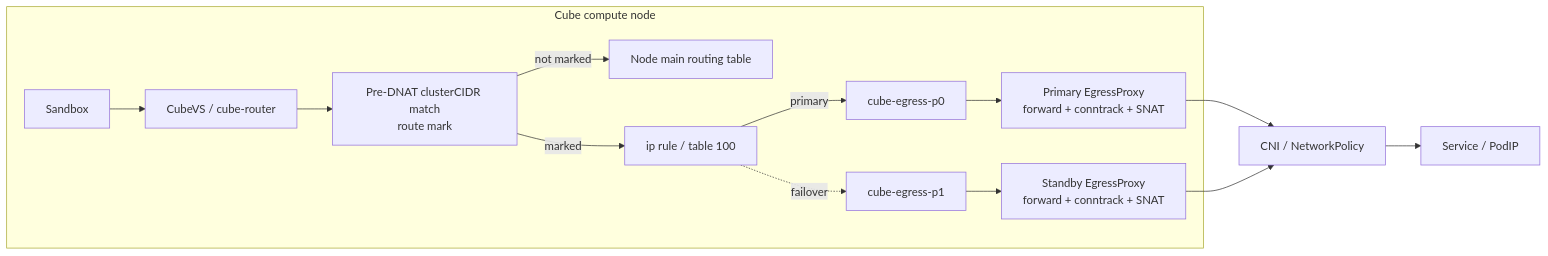
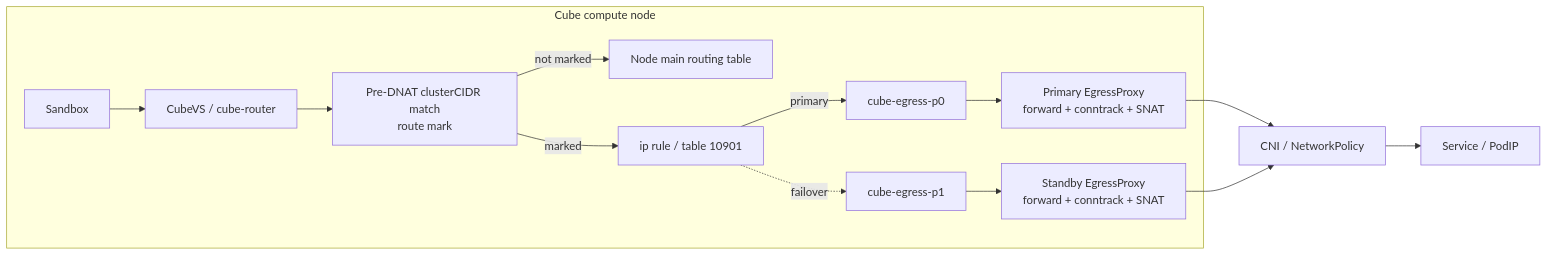
The diagram in deploy/kubernetes/chart/docs/EGRESS_VETH_EN.md (TencentCloud/CubeSandbox), drawn with Mermaid before and after one commit. The commit also changed other lines of this file and 23 other files, not shown here.

````diff
--- a/deploy/kubernetes/chart/docs/EGRESS_VETH_EN.md
+++ b/deploy/kubernetes/chart/docs/EGRESS_VETH_EN.md
@@ -28,13 +28,13 @@
 ```mermaid
 flowchart LR
   subgraph NODE["Cube compute node"]
     SB["Sandbox"] --> CR["CubeVS / cube-router"] --> MARK["Pre-DNAT clusterCIDR match<br/>route mark"]
     MARK -->|"not marked"| MAIN["Node main routing table"]
-    MARK -->|"marked"| RULE["ip rule / table 100"]
+    MARK -->|"marked"| RULE["ip rule / table 10901"]
     RULE -->|"primary"| HV0["cube-egress-p0"] --> P["Primary EgressProxy<br/>forward + conntrack + SNAT"]
     RULE -.->|"failover"| HV1["cube-egress-p1"] --> S["Standby EgressProxy<br/>forward + conntrack + SNAT"]
   end
   P --> CNI["CNI / NetworkPolicy"]
   S --> CNI
   CNI --> TARGET["Service / PodIP"]
 ```
````
